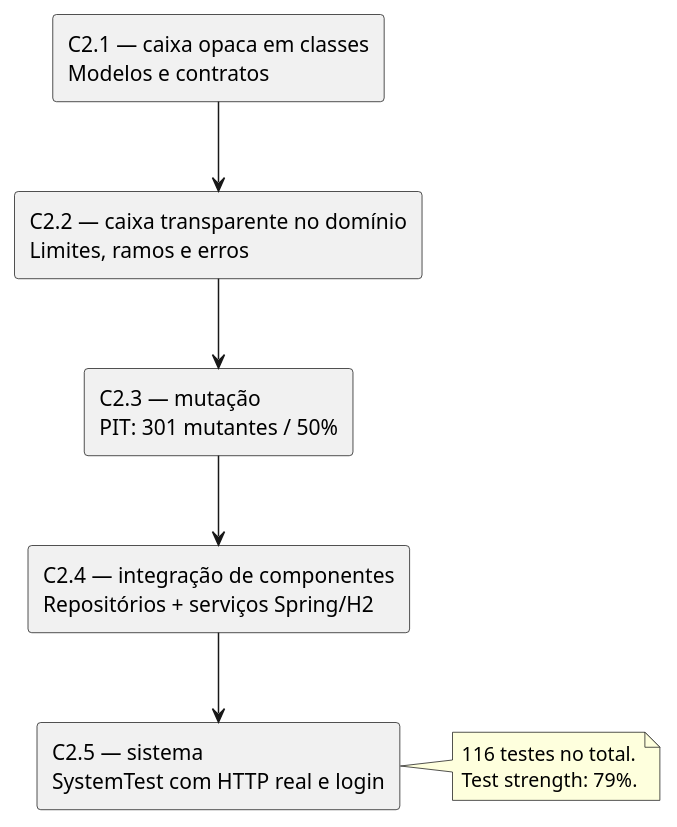
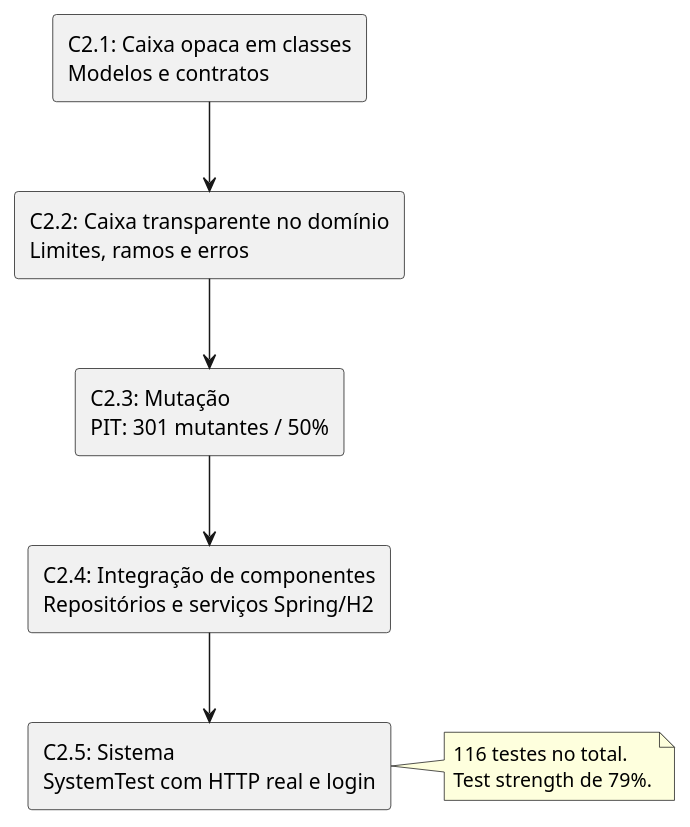
The diagram in Docs/testes.puml (OliveiraDiogo1/ODSOFT_1240447), drawn with PlantUML before and after one commit. The commit also changed 7 other files, not shown here.

```diff
--- a/Docs/testes.puml
+++ b/Docs/testes.puml
@@ -1,18 +1,18 @@
 @startuml
-rectangle "C2.1 — caixa opaca em classes\nModelos e contratos" as C21
-rectangle "C2.2 — caixa transparente no domínio\nLimites, ramos e erros" as C22
-rectangle "C2.3 — mutação\nPIT: 301 mutantes / 50%" as C23
-rectangle "C2.4 — integração de componentes\nRepositórios + serviços Spring/H2" as C24
-rectangle "C2.5 — sistema\nSystemTest com HTTP real e login" as C25
+rectangle "C2.1: Caixa opaca em classes\nModelos e contratos" as C21
+rectangle "C2.2: Caixa transparente no domínio\nLimites, ramos e erros" as C22
+rectangle "C2.3: Mutação\nPIT: 301 mutantes / 50%" as C23
+rectangle "C2.4: Integração de componentes\nRepositórios e serviços Spring/H2" as C24
+rectangle "C2.5: Sistema\nSystemTest com HTTP real e login" as C25
 
 C21 --> C22
 C22 --> C23
 C23 --> C24
 C24 --> C25
 
 note right of C25
   116 testes no total.
-  Test strength: 79%.
+  Test strength de 79%.
 end note
 
 @enduml
```
